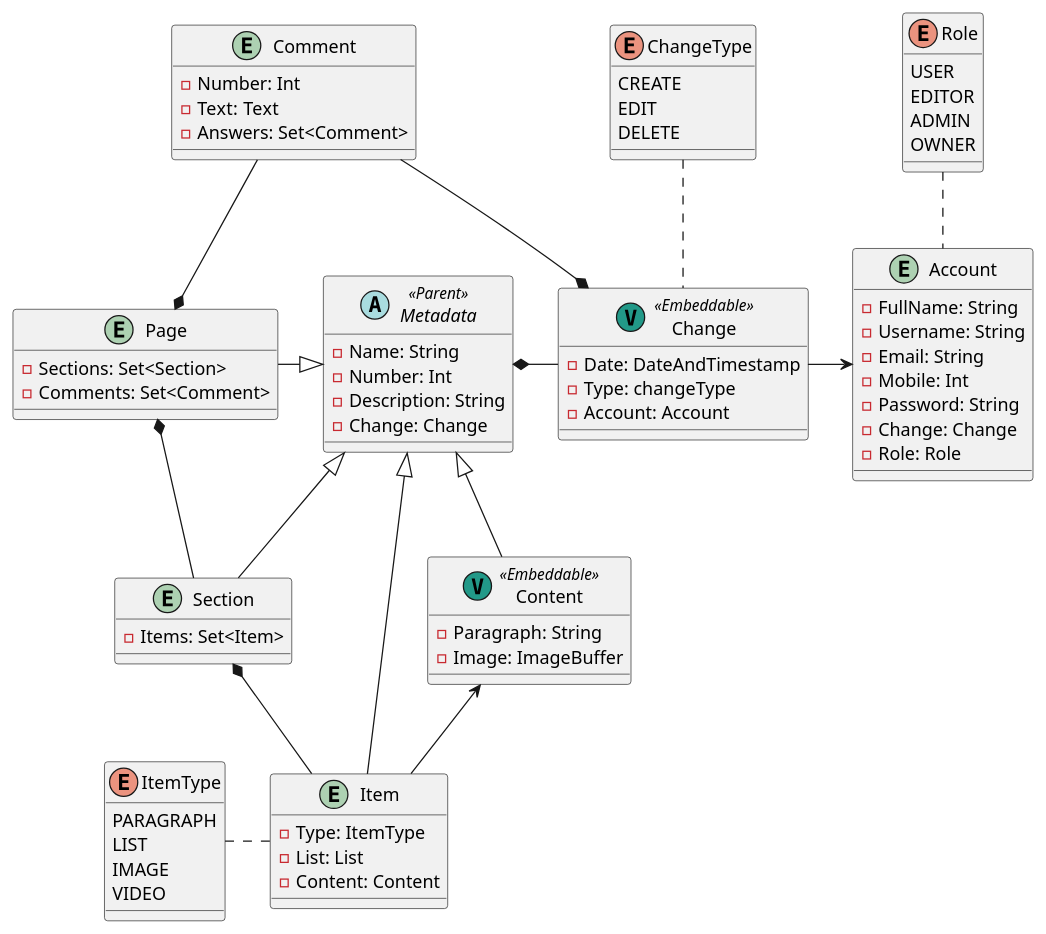
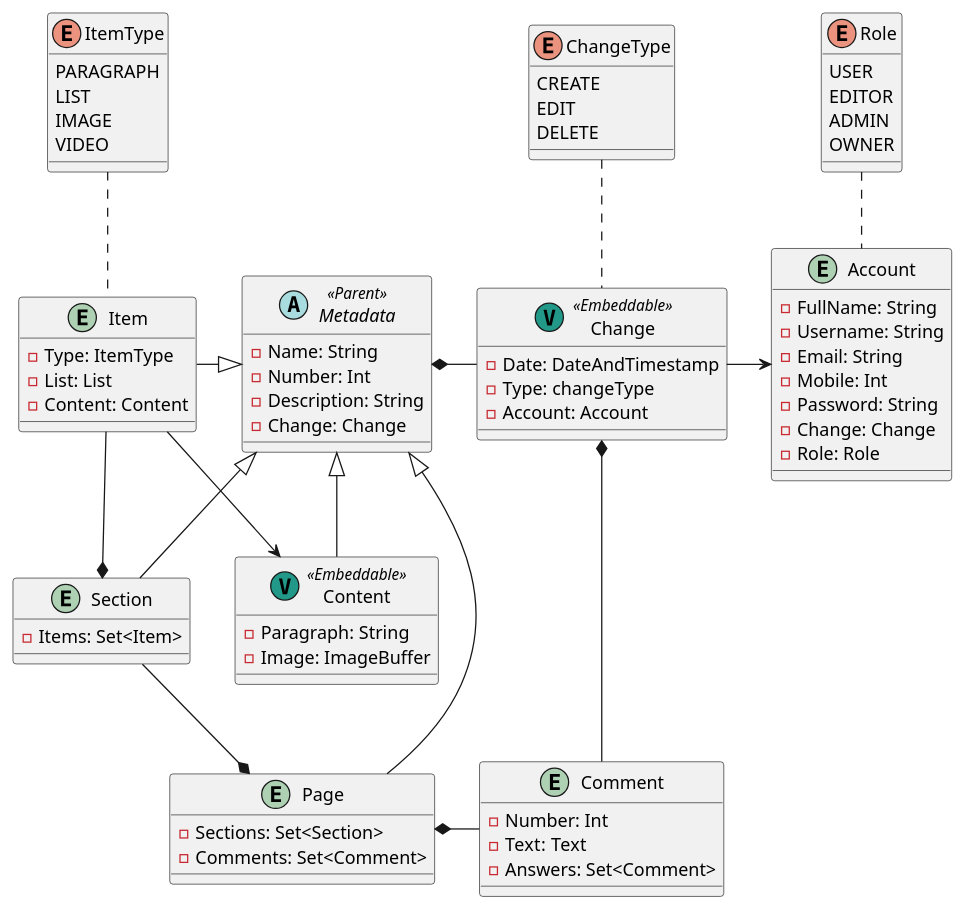
Before and after one commit to LouisFerro/HFW-HighlyFunctionalWiki: the diagram in src/main/plantuml/Prototype 5.puml, drawn with PlantUML.

Commit message:
Refactored PlantUML for more organization and cleanness.

```diff
--- a/src/main/plantuml/Prototype 5.puml
+++ b/src/main/plantuml/Prototype 5.puml
@@ -1,106 +1,105 @@
 @startuml
 'https://plantuml.com/class-diagram'
 
 entity Account
 {
     - FullName: String
     - Username: String
     - Email: String
     - Mobile: Int
     - Password: String
     - Change: Change
     - Role: Role
 }
 
 enum Role
 {
     USER
     EDITOR
     ADMIN
     OWNER
 }
 
 entity Change <<(V, #229988)Embeddable>>
 {
     - Date: DateAndTimestamp
     - Type: changeType
     - Account: Account
 }
 
 enum ChangeType
 {
     CREATE
     EDIT
     DELETE
 }
 
 abstract class Metadata <<Parent>>
 {
     - Name: String
     - Number: Int
     - Description: String
     - Change: Change
 }
 
 entity Page
 {
     - Sections: Set<Section>
     - Comments: Set<Comment>
 }
 
 entity Comment
 {
     - Number: Int
     - Text: Text
     - Answers: Set<Comment>
 }
 
 entity Section
 {
     - Items: Set<Item>
 }
 
 entity Item
 {
     - Type: ItemType
     - List: List
     - Content: Content
 }
 
 enum ItemType
 {
     PARAGRAPH
     LIST
     IMAGE
     VIDEO
 }
 
 entity Content <<(V, #229988)Embeddable>>
 {
     - Paragraph: String
     - Image: ImageBuffer
 }
 
-Metadata *-right- Change
+Page -up-|> Metadata
 
+Section -up-|> Metadata
+Section -down-* Page
+
+Item -right-|> Metadata
+Item -down-* Section
+Item -down-> Content
+Item .up. ItemType
+
+Comment -up-* Change
+Comment -left-* Page
+
+Content -up-|> Metadata
+
+Change -left-* Metadata
+Change -right-> Account
 Change .up. ChangeType
-Change -right-> Account
 
 Account .up. Role
 
-Page -right-|> Metadata
-Page *-down- Section
-
-Section -up-|> Metadata
-Section *-down- Item
-
-Item -up-|> Metadata
-Item -up-> Content
-Item .left. ItemType
-
-Comment -right-* Change
-Comment -down-* Page
-
-Content -up-|> Metadata
-
 @enduml
```
